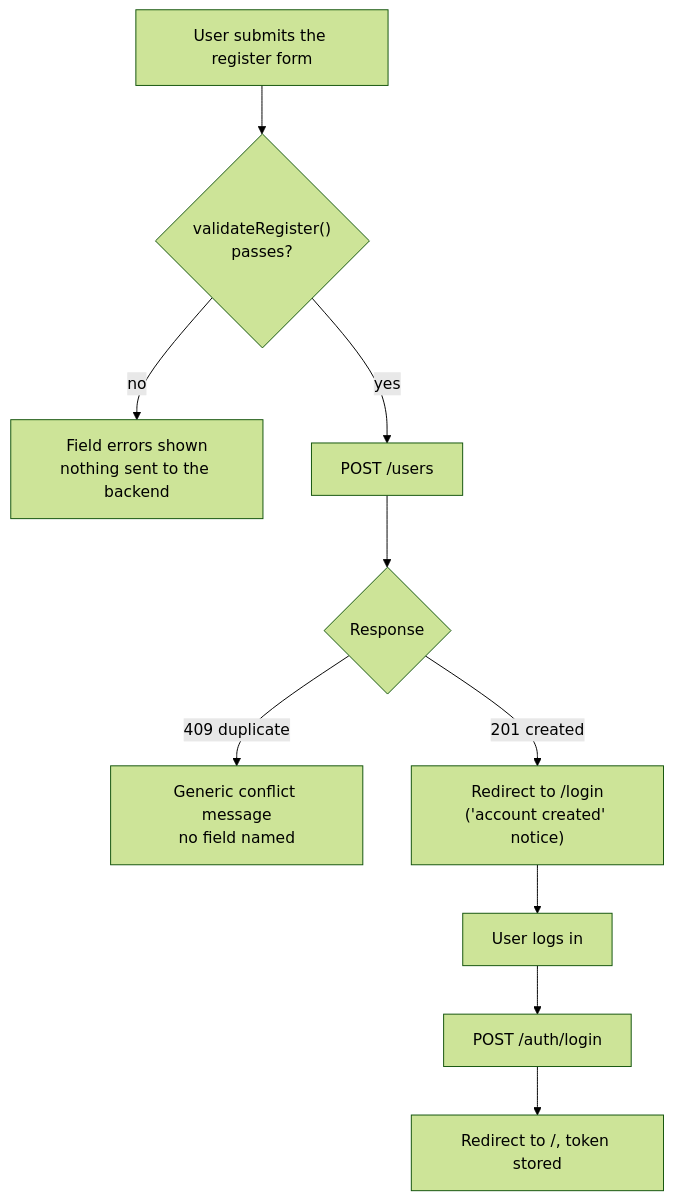
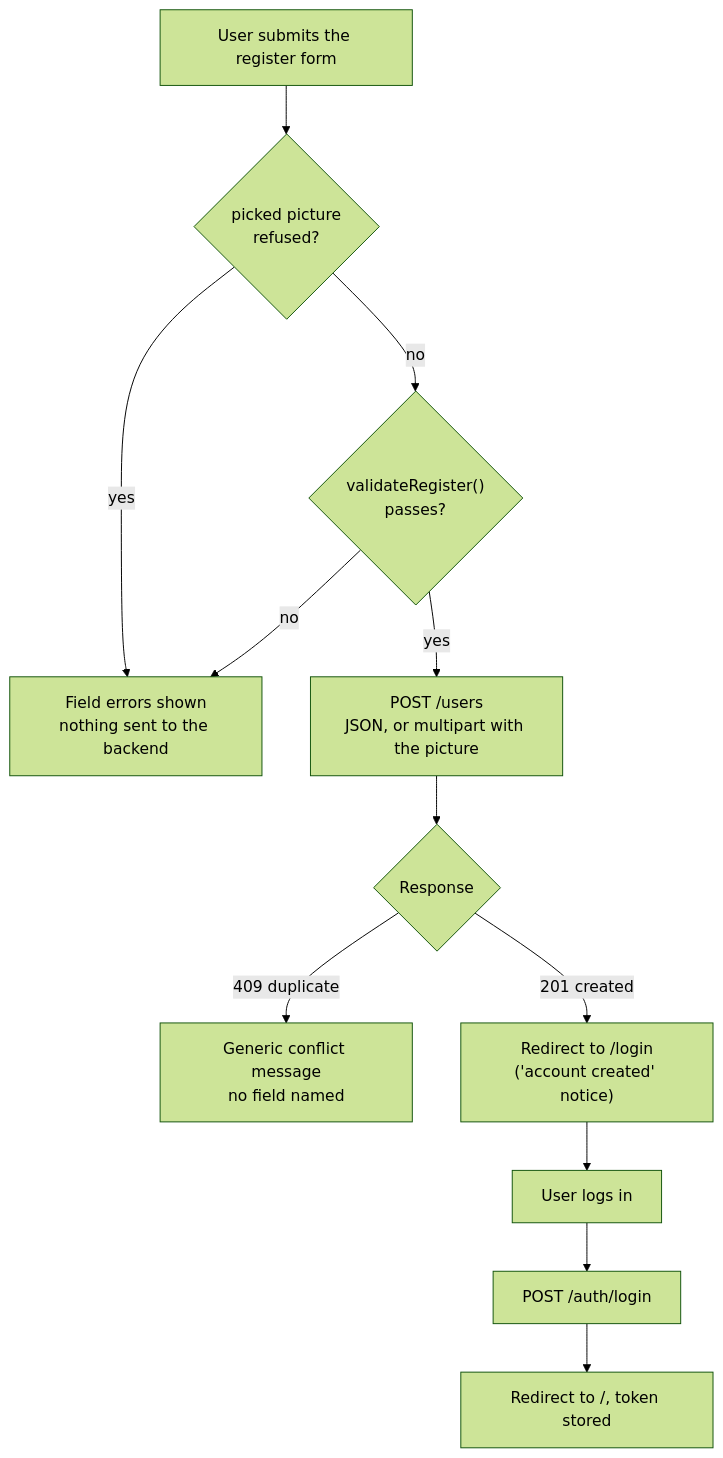
Before and after one commit to kidp8479/42_hypertube: the third of 15 diagrams in docs/diagrams/auth.md, drawn with Mermaid (forest theme). The commit also changed other lines of this file and 8 other files, not shown here.

Commit message:
docs(HYP-38): ADR-0016 on hosted pictures, diagrams, defense docs

````diff
--- a/docs/diagrams/auth.md
+++ b/docs/diagrams/auth.md
@@ -90,12 +90,14 @@
 ```mermaid
 flowchart TD
-    A["User submits the register form"] --> B{"validateRegister()<br/>passes?"}
+    A["User submits the register form"] --> P{"picked picture<br/>refused?"}
+    P -- yes --> C
+    P -- no --> B{"validateRegister()<br/>passes?"}
     B -- no --> C["Field errors shown<br/>nothing sent to the backend"]
-    B -- yes --> D["POST /users"]
+    B -- yes --> D["POST /users<br/>JSON, or multipart with the picture"]
     D --> E{Response}
     E -- "409 duplicate" --> F["Generic conflict message<br/>no field named"]
     E -- "201 created" --> G["Redirect to /login<br/>('account created' notice)"]
     G --> H["User logs in"]
     H --> I["POST /auth/login"]
     I --> J["Redirect to /, token stored"]
 ```
````
